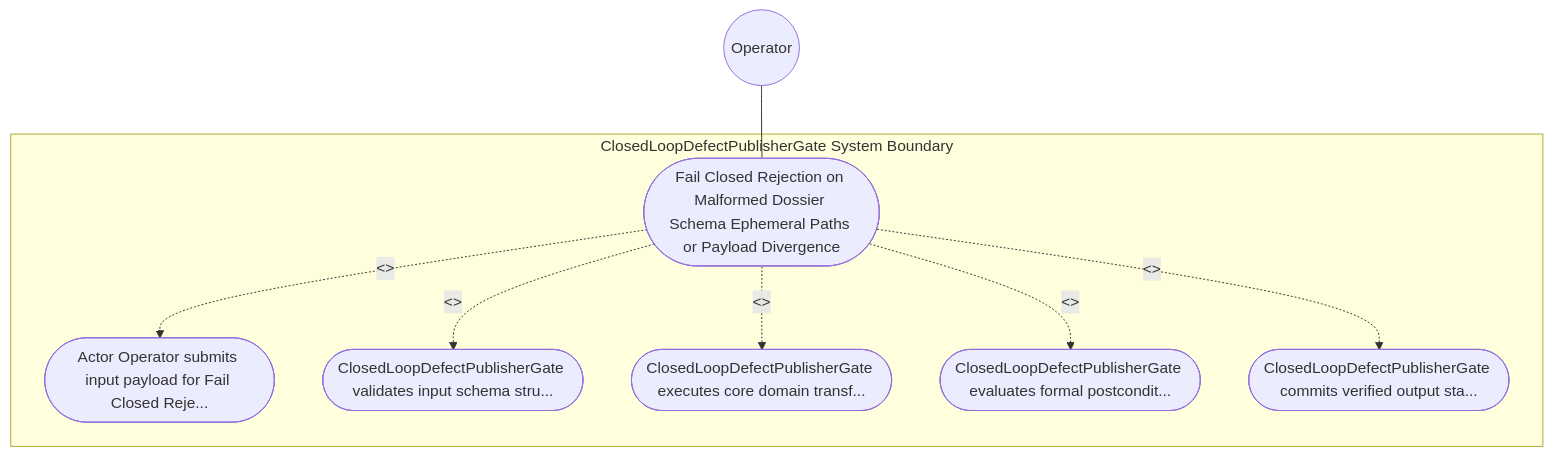
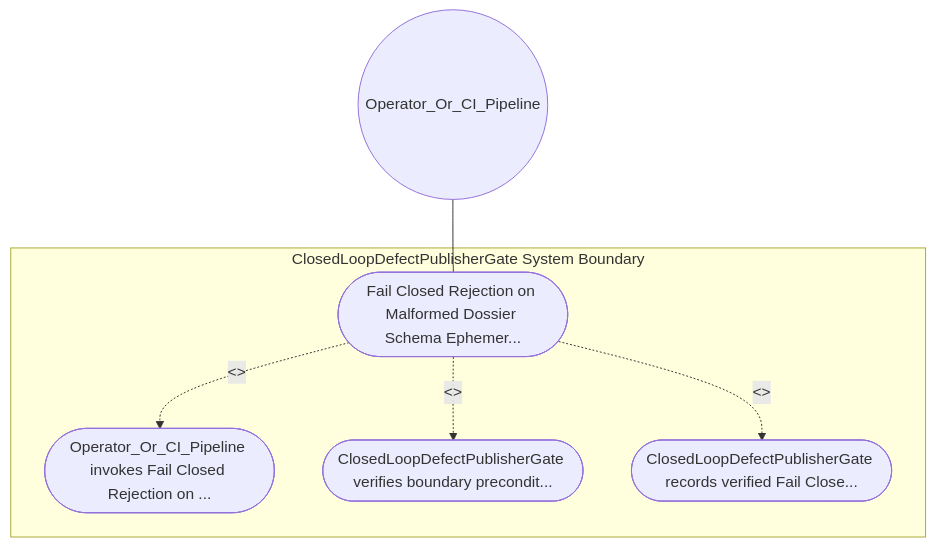
Before and after one commit to gintatkinson/DEAP01-spec-core: the diagram in .pipeline/upstream/docs/use-cases/UC-30-Fail_Closed_Rejection_on_Malformed_Dossier_Schema_Ephemeral_Paths_or_Payload_Divergence.md, drawn with Mermaid. The commit also changed other lines of this file and 213 other files, not shown here.

````diff
--- a/.pipeline/upstream/docs/use-cases/UC-30-Fail_Closed_Rejection_on_Malformed_Dossier_Schema_Ephemeral_Paths_or_Payload_Divergence.md
+++ b/.pipeline/upstream/docs/use-cases/UC-30-Fail_Closed_Rejection_on_Malformed_Dossier_Schema_Ephemeral_Paths_or_Payload_Divergence.md
@@ -16,17 +16,13 @@
 ```mermaid
 graph TD
     subgraph "ClosedLoopDefectPublisherGate System Boundary"
-        UC_Main(["Fail Closed Rejection on Malformed Dossier Schema Ephemeral Paths or Payload Divergence"])
-        UC_Step01(["Actor Operator submits input payload for Fail Closed Reje..."])
-        UC_Step02(["ClosedLoopDefectPublisherGate validates input schema stru..."])
-        UC_Step03(["ClosedLoopDefectPublisherGate executes core domain transf..."])
-        UC_Step04(["ClosedLoopDefectPublisherGate evaluates formal postcondit..."])
-        UC_Step05(["ClosedLoopDefectPublisherGate commits verified output sta..."])
+        UC_Main(["Fail Closed Rejection on Malformed Dossier Schema Ephemer..."])
+        UC_Step01(["Operator_Or_CI_Pipeline invokes Fail Closed Rejection on ..."])
+        UC_Step02(["ClosedLoopDefectPublisherGate verifies boundary precondit..."])
+        UC_Step03(["ClosedLoopDefectPublisherGate records verified Fail Close..."])
     end
-    Operator(("Operator")) --- UC_Main
+    Operator_Or_CI_Pipeline(("Operator_Or_CI_Pipeline")) --- UC_Main
     UC_Main -. "<<include>>" .-> UC_Step01
     UC_Main -. "<<include>>" .-> UC_Step02
     UC_Main -. "<<include>>" .-> UC_Step03
-    UC_Main -. "<<include>>" .-> UC_Step04
-    UC_Main -. "<<include>>" .-> UC_Step05
 ```
````
